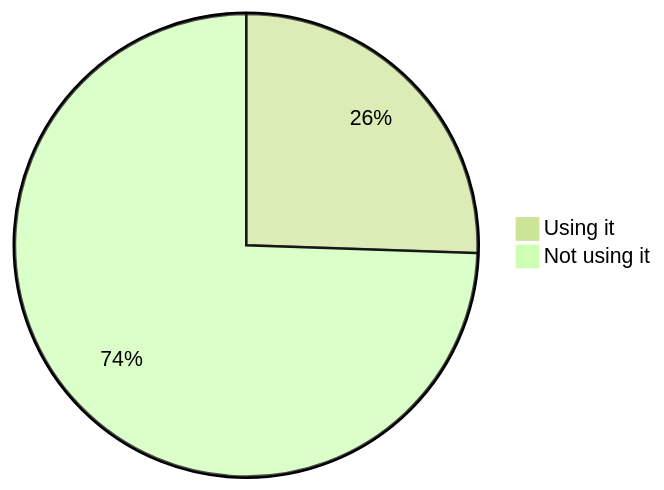
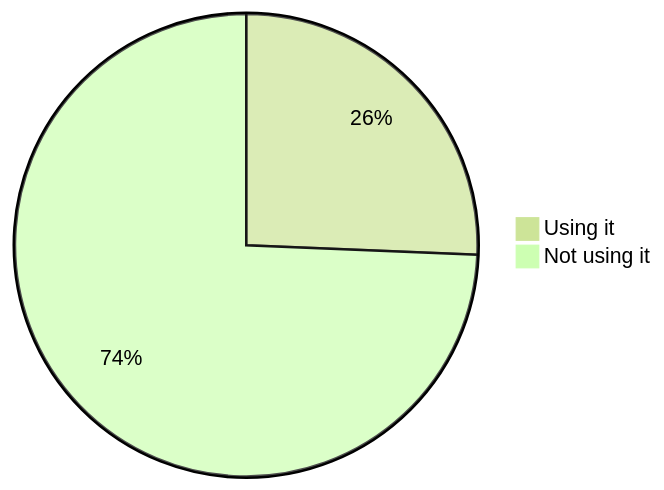
One commit to oshp/oshp-stats changed diagram 15 of 22 in stats.md. Above: the diagram before and after it, drawn with Mermaid (forest theme). The commit also changed other lines of this file, not shown here.

````diff
--- a/stats.md
+++ b/stats.md
@@ -178,6 +178,6 @@
 ```mermaid
 pie
-	"Using it" : 25.54
-	"Not using it" : 74.46
+	"Using it" : 25.65
+	"Not using it" : 74.35
 
 ```
````
